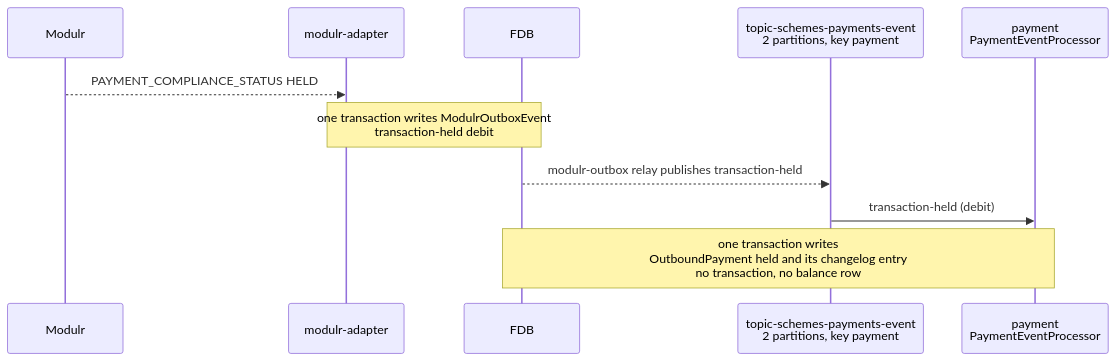
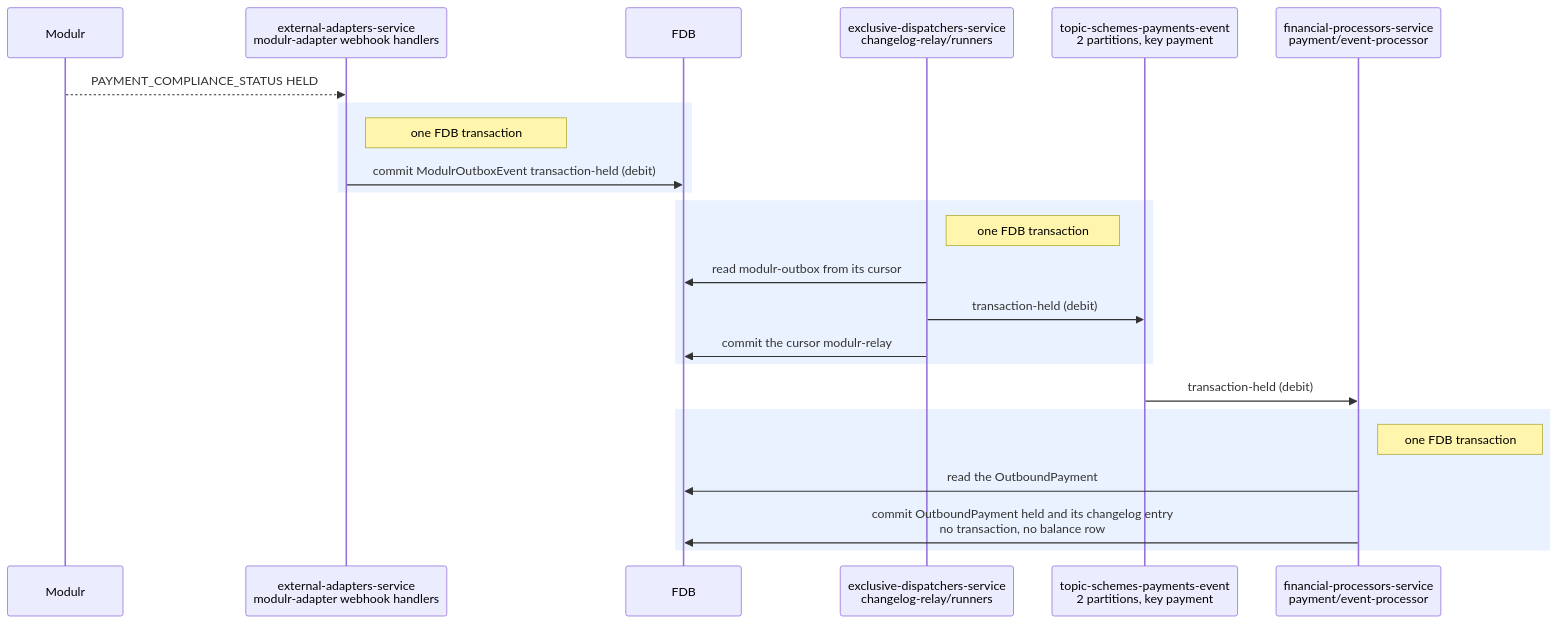
One commit to repldriven/queenswood changed the sixth of 7 diagrams in docs/tdd/payments-outbound.md. Above: the diagram before and after it, drawn with Mermaid. The commit also changed other lines of this file, not shown here.

First line of the commit message:
Draw each FDB transaction as a commit to it, and name every participant as it is in the code

````diff
--- a/docs/tdd/payments-outbound.md
+++ b/docs/tdd/payments-outbound.md
@@ -196,13 +250,26 @@
 ```mermaid
 sequenceDiagram
     participant PR as Modulr
-    participant AD as modulr-adapter
+    participant WH as external-adapters-service<br/>modulr-adapter webhook handlers
     participant DB as FDB
+    participant OR as exclusive-dispatchers-service<br/>changelog-relay/runners
     participant SE as topic-schemes-payments-event<br/>2 partitions, key payment
-    participant PE as payment<br/>PaymentEventProcessor
-    PR-->>AD: PAYMENT_COMPLIANCE_STATUS HELD
-    Note over AD,DB: one transaction writes ModulrOutboxEvent<br/>transaction-held debit
-    DB-->>SE: modulr-outbox relay publishes transaction-held
+    participant PE as financial-processors-service<br/>payment/event-processor
+    PR-->>WH: PAYMENT_COMPLIANCE_STATUS HELD
+    rect rgb(235, 242, 255)
+    Note right of WH: one FDB transaction
+    WH->>DB: commit ModulrOutboxEvent transaction-held (debit)
+    end
+    rect rgb(235, 242, 255)
+    Note right of OR: one FDB transaction
+    OR->>DB: read modulr-outbox from its cursor
+    OR->>SE: transaction-held (debit)
+    OR->>DB: commit the cursor modulr-relay
+    end
     SE->>PE: transaction-held (debit)
-    Note over PE,DB: one transaction writes<br/>OutboundPayment held and its changelog entry<br/>no transaction, no balance row
+    rect rgb(235, 242, 255)
+    Note right of PE: one FDB transaction
+    PE->>DB: read the OutboundPayment
+    PE->>DB: commit OutboundPayment held and its changelog entry<br/>no transaction, no balance row
+    end
 ```
````
